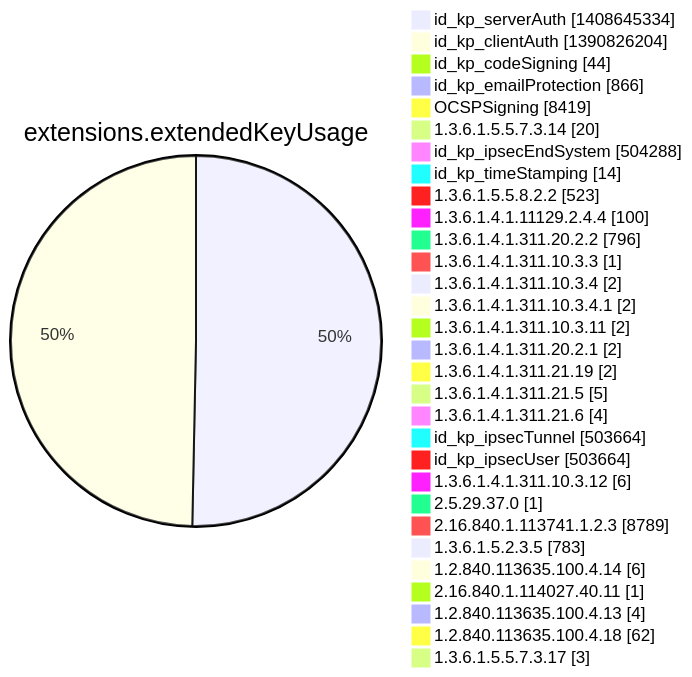
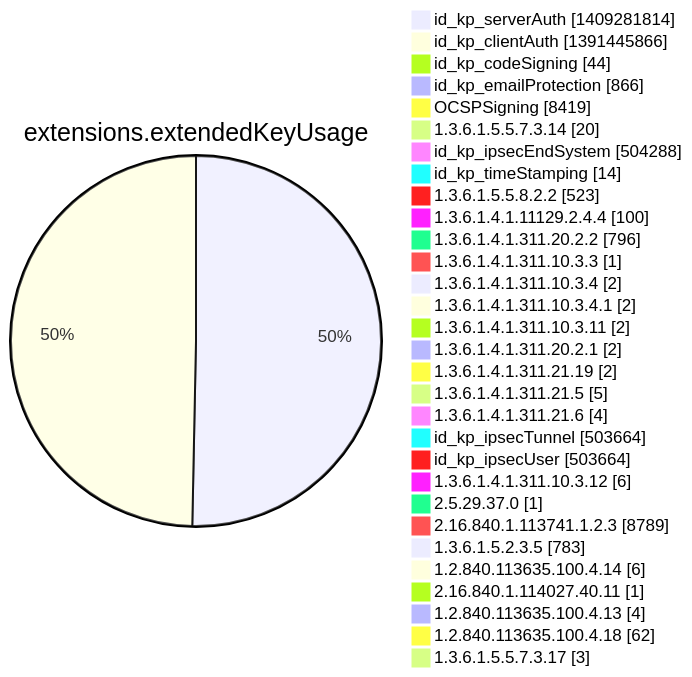
Diagram 12 of 15 in argon2022/README.md (christiankrug/ctmonitor_visualization), drawn with Mermaid before and after one commit. The commit also changed other lines of this file, not shown here.

````diff
--- a/argon2022/README.md
+++ b/argon2022/README.md
@@ -3554,34 +3554,34 @@
 ```mermaid
 pie showData
 title extensions.extendedKeyUsage
-"id_kp_serverAuth" :1408645334
-"id_kp_clientAuth" :1390826204
+"id_kp_serverAuth" :1409281814
+"id_kp_clientAuth" :1391445866
 "id_kp_codeSigning" :44
 "id_kp_emailProtection" :866
 "OCSPSigning" :8419
 "1.3.6.1.5.5.7.3.14" :20
 "id_kp_ipsecEndSystem" :504288
 "id_kp_timeStamping" :14
 "1.3.6.1.5.5.8.2.2" :523
 "1.3.6.1.4.1.11129.2.4.4" :100
 "1.3.6.1.4.1.311.20.2.2" :796
 "1.3.6.1.4.1.311.10.3.3" :1
 "1.3.6.1.4.1.311.10.3.4" :2
 "1.3.6.1.4.1.311.10.3.4.1" :2
 "1.3.6.1.4.1.311.10.3.11" :2
 "1.3.6.1.4.1.311.20.2.1" :2
 "1.3.6.1.4.1.311.21.19" :2
 "1.3.6.1.4.1.311.21.5" :5
 "1.3.6.1.4.1.311.21.6" :4
 "id_kp_ipsecTunnel" :503664
 "id_kp_ipsecUser" :503664
 "1.3.6.1.4.1.311.10.3.12" :6
 "2.5.29.37.0" :1
 "2.16.840.1.113741.1.2.3" :8789
 "1.3.6.1.5.2.3.5" :783
 "1.2.840.113635.100.4.14" :6
 "2.16.840.1.114027.40.11" :1
 "1.2.840.113635.100.4.13" :4
 "1.2.840.113635.100.4.18" :62
 "1.3.6.1.5.5.7.3.17" :3
 ```
````
